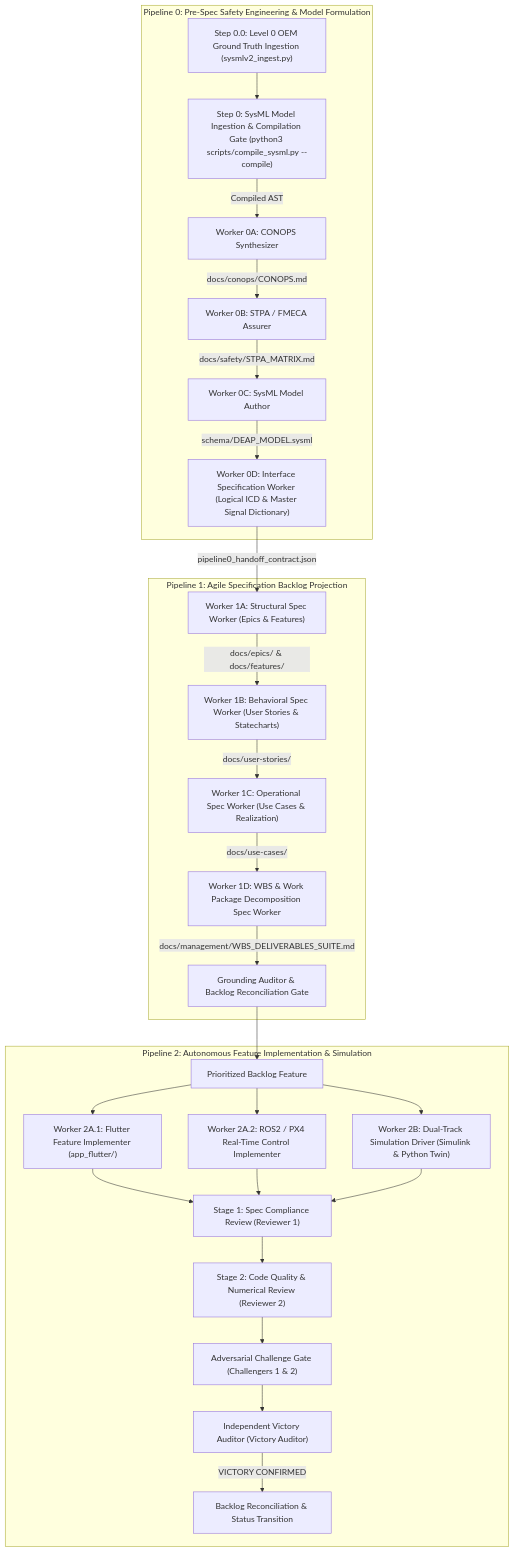
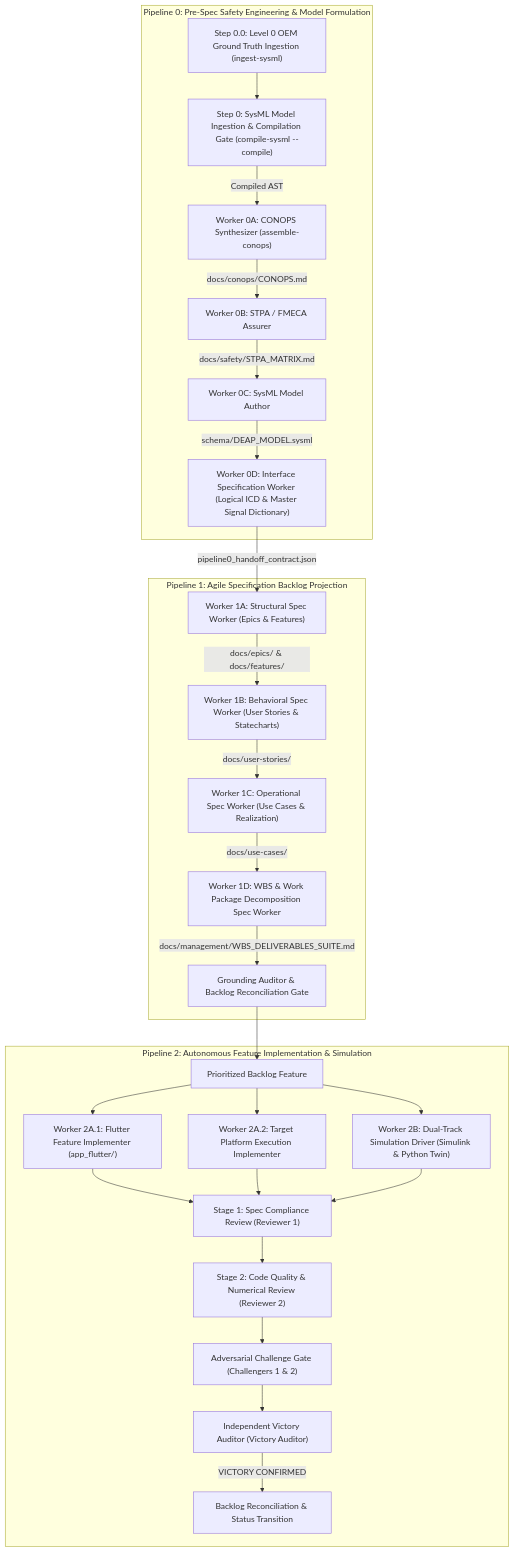
One commit to gintatkinson/DEAP-profile-vhdl-hardware changed the diagram in README.md. Above: the diagram before and after it, drawn with Mermaid. The commit also changed other lines of this file and 253 other files, not shown here.

````diff
--- a/README.md
+++ b/README.md
@@ -74,30 +99,30 @@
 ```mermaid
 flowchart TD
     subgraph P0["Pipeline 0: Pre-Spec Safety Engineering & Model Formulation"]
-        Step00["Step 0.0: Level 0 OEM Ground Truth Ingestion (sysmlv2_ingest.py)"] --> Step0["Step 0: SysML Model Ingestion & Compilation Gate (python3 scripts/compile_sysml.py --compile)"]
-        Step0 -->|"Compiled AST"| W0A["Worker 0A: CONOPS Synthesizer"]
+        Step00["Step 0.0: Level 0 OEM Ground Truth Ingestion (ingest-sysml)"] --> Step0["Step 0: SysML Model Ingestion & Compilation Gate (compile-sysml --compile)"]
+        Step0 -->|"Compiled AST"| W0A["Worker 0A: CONOPS Synthesizer (assemble-conops)"]
         W0A -->|"docs/conops/CONOPS.md"| W0B["Worker 0B: STPA / FMECA Assurer"]
         W0B -->|"docs/safety/STPA_MATRIX.md"| W0C["Worker 0C: SysML Model Author"]
         W0C -->|"schema/DEAP_MODEL.sysml"| W0D["Worker 0D: Interface Specification Worker (Logical ICD & Master Signal Dictionary)"]
     end
 
     subgraph P1["Pipeline 1: Agile Specification Backlog Projection"]
         W0D -->|"pipeline0_handoff_contract.json"| W1A["Worker 1A: Structural Spec Worker (Epics & Features)"]
         W1A -->|"docs/epics/ & docs/features/"| W1B["Worker 1B: Behavioral Spec Worker (User Stories & Statecharts)"]
         W1B -->|"docs/user-stories/"| W1C["Worker 1C: Operational Spec Worker (Use Cases & Realization)"]
         W1C -->|"docs/use-cases/"| W1D["Worker 1D: WBS & Work Package Decomposition Spec Worker"]
         W1D -->|"docs/management/WBS_DELIVERABLES_SUITE.md"| Reconcile["Grounding Auditor & Backlog Reconciliation Gate"]
     end
 
     subgraph P2["Pipeline 2: Autonomous Feature Implementation & Simulation"]
         Reconcile --> Backlog["Prioritized Backlog Feature"]
         Backlog --> W2A1["Worker 2A.1: Flutter Feature Implementer (app_flutter/)"]
-        Backlog --> W2A2["Worker 2A.2: ROS2 / PX4 Real-Time Control Implementer"]
+        Backlog --> W2A2["Worker 2A.2: Target Platform Execution Implementer"]
         Backlog --> W2B["Worker 2B: Dual-Track Simulation Driver (Simulink & Python Twin)"]
         W2A1 & W2A2 & W2B --> Rev1["Stage 1: Spec Compliance Review (Reviewer 1)"]
         Rev1 --> Rev2["Stage 2: Code Quality & Numerical Review (Reviewer 2)"]
         Rev2 --> Chall["Adversarial Challenge Gate (Challengers 1 & 2)"]
         Chall --> Victory["Independent Victory Auditor (Victory Auditor)"]
         Victory -->|"VICTORY CONFIRMED"| Release["Backlog Reconciliation & Status Transition"]
     end
 ```
````
